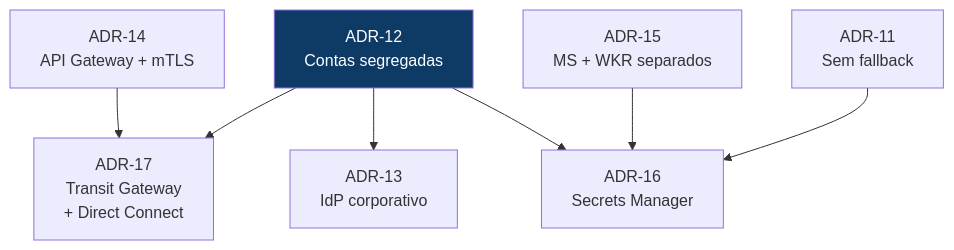
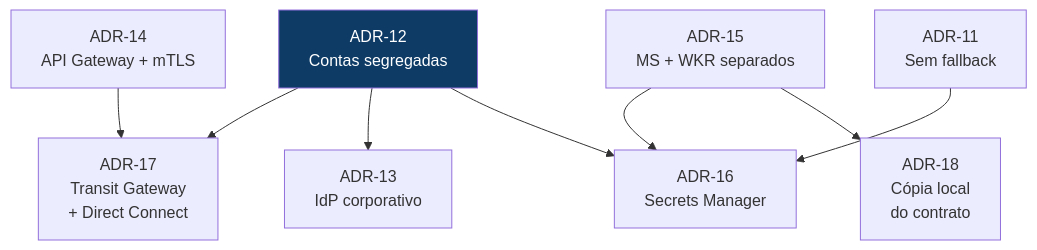
Before and after one commit to cassio4ntunes-sudo/desafio_arquitetura_solucoes: the fifth of 5 diagrams in docs/DECISOES-ARQUITETURAIS.md, drawn with Mermaid. The commit also changed other lines of this file and 5 other files, not shown here.

````diff
--- a/docs/DECISOES-ARQUITETURAIS.md
+++ b/docs/DECISOES-ARQUITETURAIS.md
@@ -115,11 +115,12 @@
 ```mermaid
 graph TD
     A12["ADR-12<br/>Contas segregadas"] --> A17["ADR-17<br/>Transit Gateway<br/>+ Direct Connect"]
     A12 --> A13["ADR-13<br/>IdP corporativo"]
     A12 --> A16["ADR-16<br/>Secrets Manager"]
     A15["ADR-15<br/>MS + WKR separados"] --> A16
+    A15 --> A18["ADR-18<br/>Cópia local<br/>do contrato"]
     A14["ADR-14<br/>API Gateway + mTLS"] --> A17
     A11["ADR-11<br/>Sem fallback"] --> A16
 
     style A12 fill:#0d3b66,color:#fff
 ```
````
